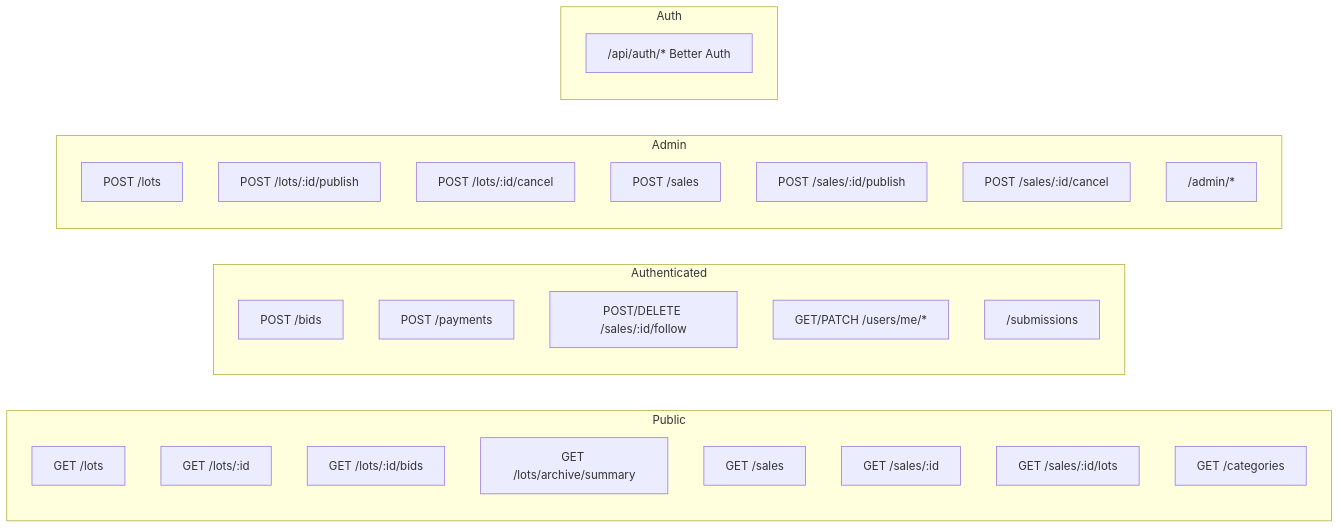
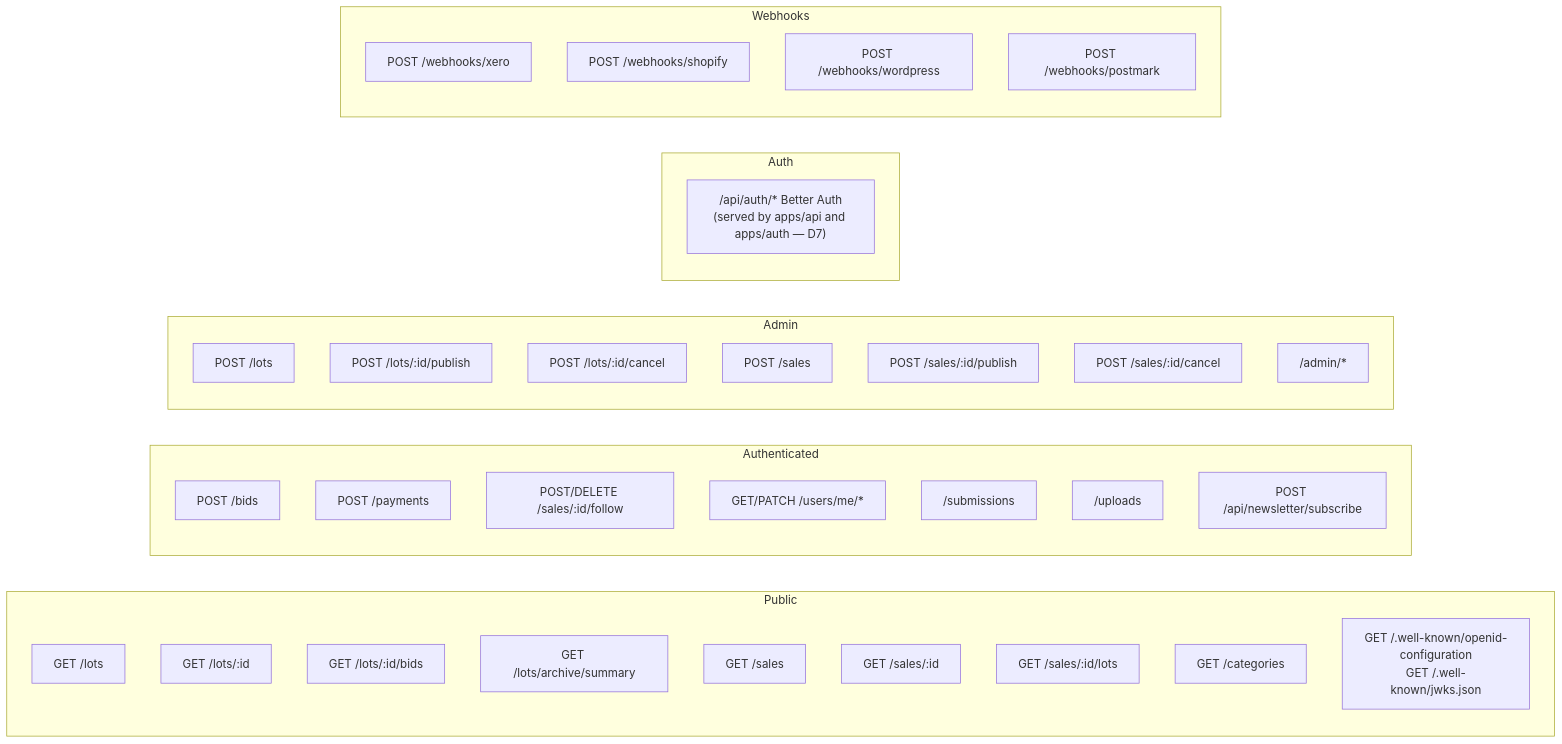
Before and after one commit to LAX-UK/monorepo: the eighth of 8 diagrams in docs/DIAGRAMS.md, drawn with Mermaid. The commit also changed other lines of this file and 24 other files, not shown here.

````diff
--- a/docs/DIAGRAMS.md
+++ b/docs/DIAGRAMS.md
@@ -266,35 +278,45 @@
 ```mermaid
 flowchart LR
     subgraph Public
         L1["GET /lots"]
         L2["GET /lots/:id"]
         L3["GET /lots/:id/bids"]
         L4["GET /lots/archive/summary"]
         S1["GET /sales"]
         S2["GET /sales/:id"]
         S3["GET /sales/:id/lots"]
         C1["GET /categories"]
+        WK["GET /.well-known/openid-configuration<br/>GET /.well-known/jwks.json"]
     end
 
     subgraph Authenticated
         B1["POST /bids"]
         P1["POST /payments"]
         SF1["POST/DELETE /sales/:id/follow"]
         U1["GET/PATCH /users/me/*"]
         SUB1["/submissions"]
+        UPL["/uploads"]
+        NL["POST /api/newsletter/subscribe"]
     end
 
     subgraph Admin
         A1["POST /lots"]
         A2["POST /lots/:id/publish"]
         A3["POST /lots/:id/cancel"]
         A4["POST /sales"]
         A5["POST /sales/:id/publish"]
         A6["POST /sales/:id/cancel"]
         A7["/admin/*"]
     end
 
     subgraph Auth
-        AUTH["/api/auth/* Better Auth"]
+        AUTH["/api/auth/* Better Auth<br/>(served by apps/api and apps/auth — D7)"]
+    end
+
+    subgraph Webhooks
+        WHX["POST /webhooks/xero"]
+        WHS["POST /webhooks/shopify"]
+        WHW["POST /webhooks/wordpress"]
+        WHP["POST /webhooks/postmark"]
     end
 ```
````
